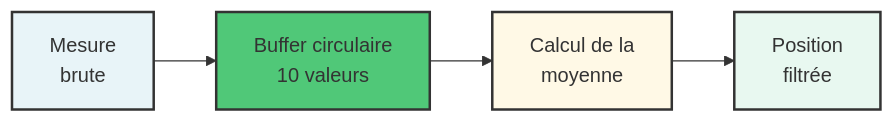
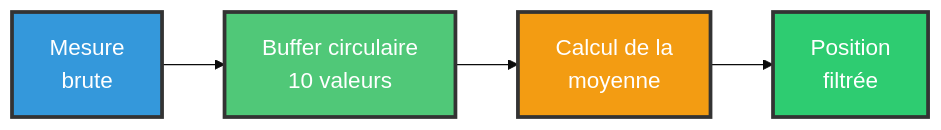
One commit to axel-g-dev/Projet-Verin-commande changed the fifth of 6 diagrams in README.md. Above: the diagram before and after it, drawn with Mermaid. The commit also changed other lines of this file, not shown here.

Commit message:
Increase diagram node sizes and improve readability with larger fonts and padding

````diff
--- a/README.md
+++ b/README.md
@@ -267,11 +281,12 @@
 ```mermaid
+%%{init: {'theme':'base', 'themeVariables': { 'fontSize':'18px', 'fontFamily':'arial'}}}%%
 graph LR
-    A["Mesure<br/>brute"] --> B["Buffer circulaire<br/>10 valeurs"]
-    B --> C["Calcul de la<br/>moyenne"]
-    C --> D["Position<br/>filtrée"]
+    A["  Mesure  <br/>  brute  "] --> B["  Buffer circulaire  <br/>  10 valeurs  "]
+    B --> C["  Calcul de la  <br/>  moyenne  "]
+    C --> D["  Position  <br/>  filtrée  "]
     
-    style B fill:#50c878,stroke:#333,stroke-width:2px
-    style A fill:#e8f4f8,stroke:#333,stroke-width:2px
-    style C fill:#fff9e6,stroke:#333,stroke-width:2px
-    style D fill:#e8f8f0,stroke:#333,stroke-width:2px
+    style B fill:#50c878,stroke:#333,stroke-width:3px,color:#fff,padding:20px
+    style A fill:#3498db,stroke:#333,stroke-width:3px,color:#fff,padding:20px
+    style C fill:#f39c12,stroke:#333,stroke-width:3px,color:#fff,padding:20px
+    style D fill:#2ecc71,stroke:#333,stroke-width:3px,color:#fff,padding:20px
 ```
````
